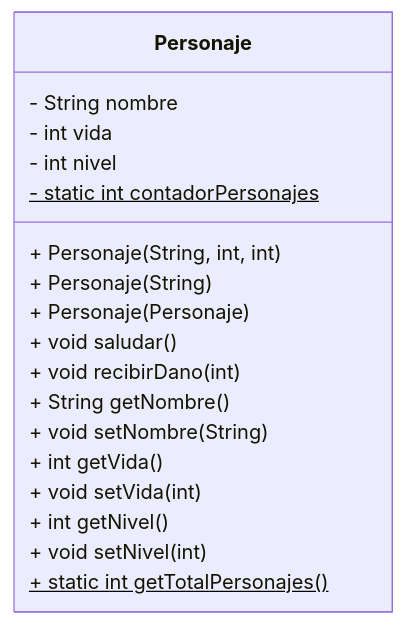
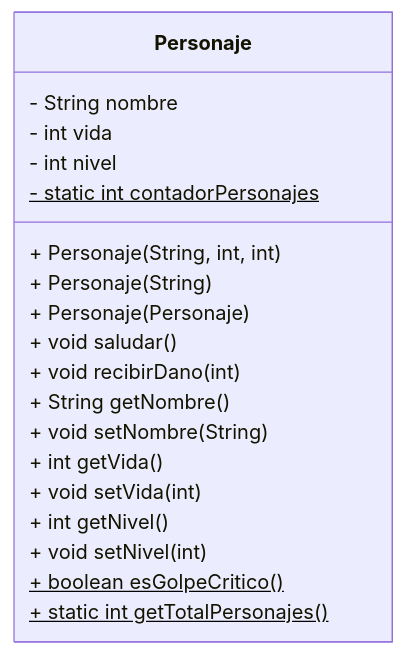
The fifth of 5 diagrams in docs/unidades/ud05.md (JMAbadLopez/programacion), drawn with Mermaid before and after one commit. The commit also changed other lines of this file and 2 other files, not shown here.

````diff
--- a/docs/unidades/ud05.md
+++ b/docs/unidades/ud05.md
@@ -865,21 +881,22 @@
 ```mermaid
 classDiagram
     class Personaje {
         - String nombre
         - int vida
         - int nivel
         - static int contadorPersonajes$
         + Personaje(String, int, int)
         + Personaje(String)
         + Personaje(Personaje)
         + void saludar()
         + void recibirDano(int)
         + String getNombre()
         + void setNombre(String)
         + int getVida()
         + void setVida(int)
         + int getNivel()
         + void setNivel(int)
+        + boolean esGolpeCritico()$
         + static int getTotalPersonajes()$
     }
 ```
````
